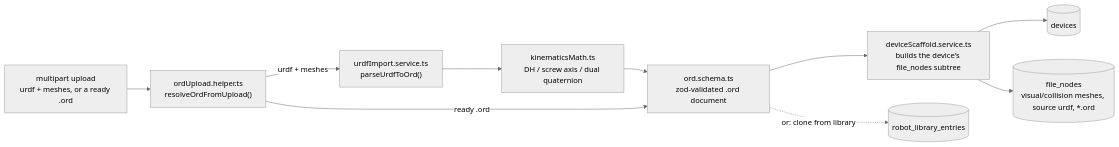
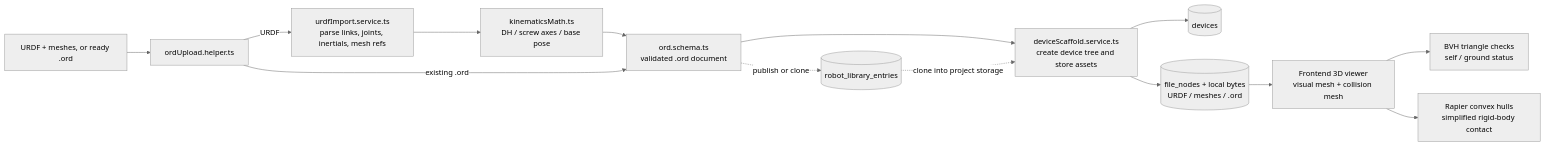
Before and after one commit to Ash786Sharma/Robot_Studio: the fifth of 11 diagrams in docs/ARCHITECTURE.md, drawn with Mermaid (neutral theme). The commit also changed other lines of this file and 26 other files, not shown here.

````diff
--- a/docs/ARCHITECTURE.md
+++ b/docs/ARCHITECTURE.md
@@ -158,20 +165,16 @@
 ```mermaid
 flowchart LR
-    UPLOAD["multipart upload\nurdf + meshes, or a ready .ord"]
-    RESOLVE["ordUpload.helper.ts\nresolveOrdFromUpload()"]
-    URDF["urdfImport.service.ts\nparseUrdfToOrd()"]
-    MATH["kinematicsMath.ts\nDH / screw axis / dual quaternion"]
-    ORD["ord.schema.ts\nzod-validated .ord document"]
-    SCAFFOLD["deviceScaffold.service.ts\nbuilds the device's file_nodes subtree"]
-    LIB[("robot_library_entries")]
-    DEV[("devices")]
-    TREE[("file_nodes\nvisual/collision meshes, source urdf, *.ord")]
-
-    UPLOAD --> RESOLVE
-    RESOLVE -->|"urdf + meshes"| URDF --> MATH --> ORD
-    RESOLVE -->|"ready .ord"| ORD
-    ORD --> SCAFFOLD
-    SCAFFOLD --> DEV
-    SCAFFOLD --> TREE
-    ORD -.->|"or: clone from library"| LIB
+  UPLOAD["URDF + meshes, or ready .ord"] --> RESOLVE["ordUpload.helper.ts"]
+  RESOLVE -->|"URDF"| IMPORT["urdfImport.service.ts\nparse links, joints, inertials, mesh refs"]
+  IMPORT --> MATH["kinematicsMath.ts\nDH / screw axes / base pose"]
+  MATH --> ORD["ord.schema.ts\nvalidated .ord document"]
+  RESOLVE -->|"existing .ord"| ORD
+  ORD --> SCAFFOLD["deviceScaffold.service.ts\ncreate device tree and store assets"]
+  SCAFFOLD --> DEV[("devices")]
+  SCAFFOLD --> TREE[("file_nodes + local bytes\nURDF / meshes / .ord")]
+  ORD -. "publish or clone" .-> LIB[("robot_library_entries")]
+  LIB -. "clone into project storage" .-> SCAFFOLD
+  TREE --> VIEW["Frontend 3D viewer\nvisual mesh + collision mesh"]
+  VIEW --> DETECT["BVH triangle checks\nself / ground status"]
+  VIEW --> HULL["Rapier convex hulls\nsimplified rigid-body contact"]
 ```
````
